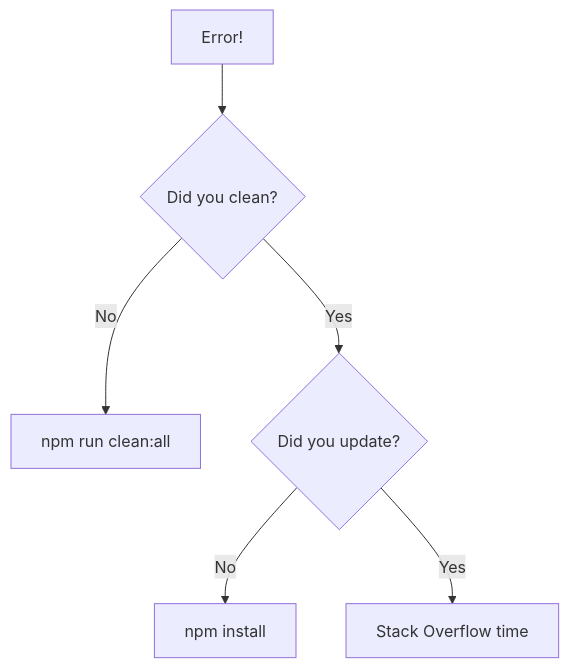
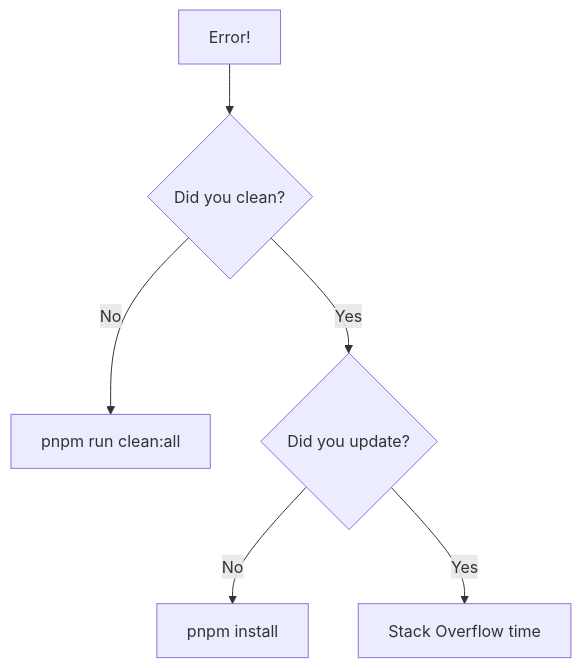
Before and after one commit to JeffreySanford/craft-fusion: the third of 4 diagrams in documentation/installation.md, drawn with Mermaid. The commit also changed other lines of this file and 172 other files, not shown here.

````diff
--- a/documentation/installation.md
+++ b/documentation/installation.md
@@ -191,8 +191,8 @@
 ```mermaid
 flowchart TD
     A[Error!] --> B{Did you clean?}
-    B -->|No| C[npm run clean:all]
+    B -->|No| C[pnpm run clean:all]
     B -->|Yes| D{Did you update?}
-    D -->|No| E[npm install]
+    D -->|No| E[pnpm install]
     D -->|Yes| F[Stack Overflow time]
 ```
````
